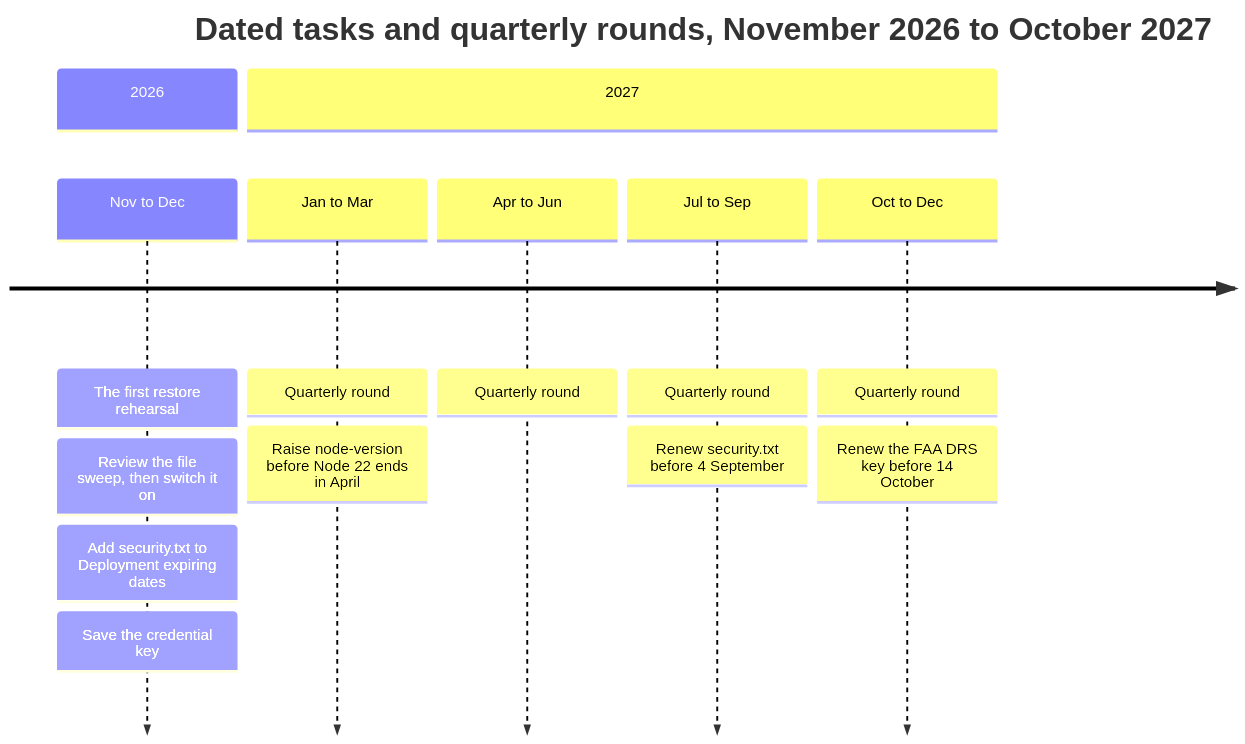
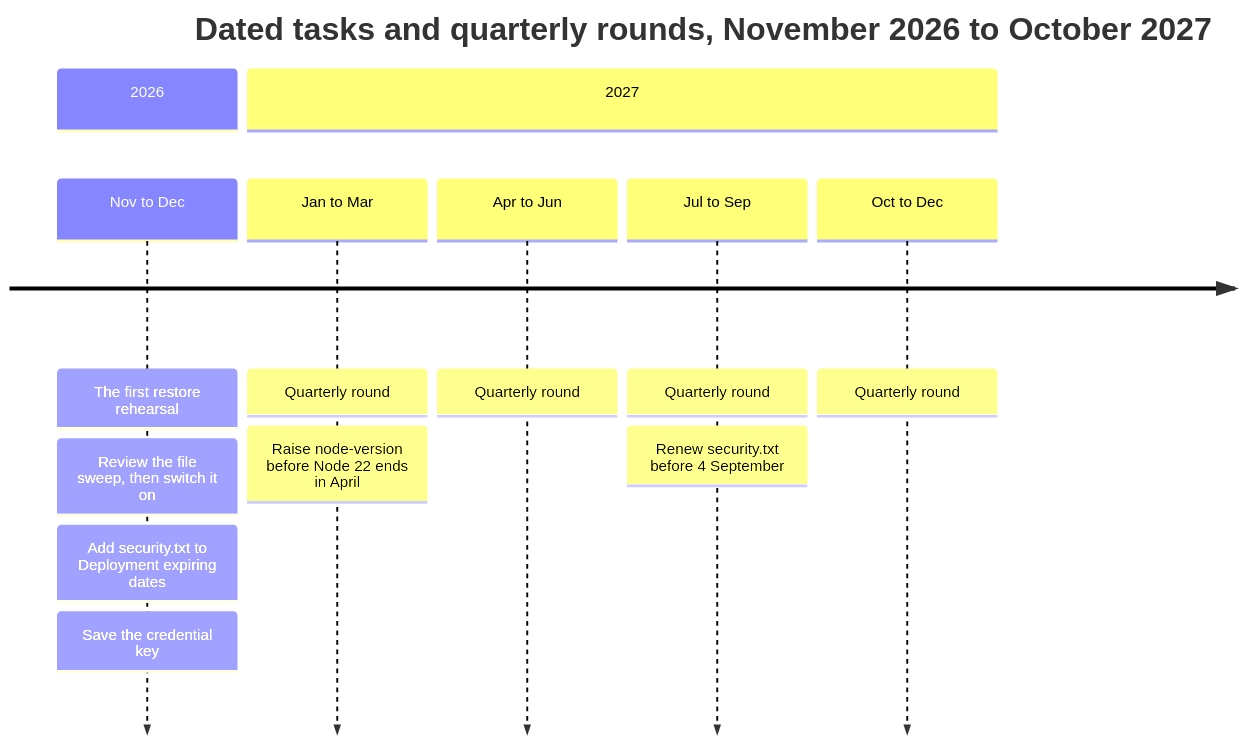
Before and after one commit to angelone-aviation/AO-aircraft-maintenance: the diagram in docs/handbook/3-running-it/checklists.md, drawn with Mermaid. The commit also changed other lines of this file and 8 other files, not shown here.

First line of the commit message:
Record the domains' DNS and mail, and that no FAA key is set up

````diff
--- a/docs/handbook/3-running-it/checklists.md
+++ b/docs/handbook/3-running-it/checklists.md
@@ -13,11 +13,11 @@
 ```mermaid
 timeline
   title Dated tasks and quarterly rounds, November 2026 to October 2027
   section 2026
     Nov to Dec : The first restore rehearsal : Review the file sweep, then switch it on : Add security.txt to Deployment expiring dates : Save the credential key
   section 2027
     Jan to Mar : Quarterly round : Raise node-version before Node 22 ends in April
     Apr to Jun : Quarterly round
     Jul to Sep : Quarterly round : Renew security.txt before 4 September
-    Oct to Dec : Quarterly round : Renew the FAA DRS key before 14 October
+    Oct to Dec : Quarterly round
 ```
````
